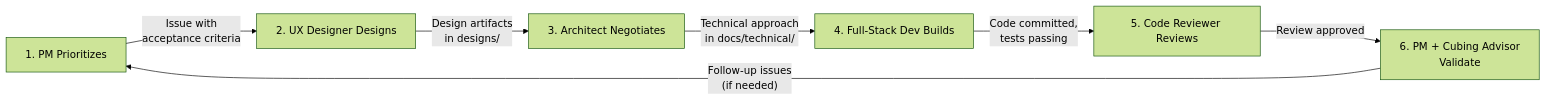
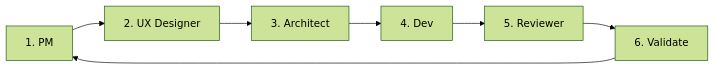
One commit to ajmalk/cubehill changed the diagram in docs/process/feature-development.md. Above: the diagram before and after it, drawn with Mermaid (forest theme). The commit also changed 6 other files, not shown here.

First line of the commit message:
Clean up diagrams: shorter labels, less clutter

````diff
--- a/docs/process/feature-development.md
+++ b/docs/process/feature-development.md
@@ -13,16 +13,11 @@
 ```mermaid
 flowchart LR
-    S1["1. PM Prioritizes"]
-    S2["2. UX Designer Designs"]
-    S3["3. Architect Negotiates"]
-    S4["4. Full-Stack Dev Builds"]
-    S5["5. Code Reviewer Reviews"]
-    S6["6. PM + Cubing Advisor\nValidate"]
+    S1["1. PM"]
+    S2["2. UX Designer"]
+    S3["3. Architect"]
+    S4["4. Dev"]
+    S5["5. Reviewer"]
+    S6["6. Validate"]
 
-    S1 -->|"Issue with\nacceptance criteria"| S2
-    S2 -->|"Design artifacts\nin designs/"| S3
-    S3 -->|"Technical approach\nin docs/technical/"| S4
-    S4 -->|"Code committed,\ntests passing"| S5
-    S5 -->|"Review approved"| S6
-    S6 -->|"Follow-up issues\n(if needed)"| S1
+    S1 --> S2 --> S3 --> S4 --> S5 --> S6 --> S1
 ```
````
